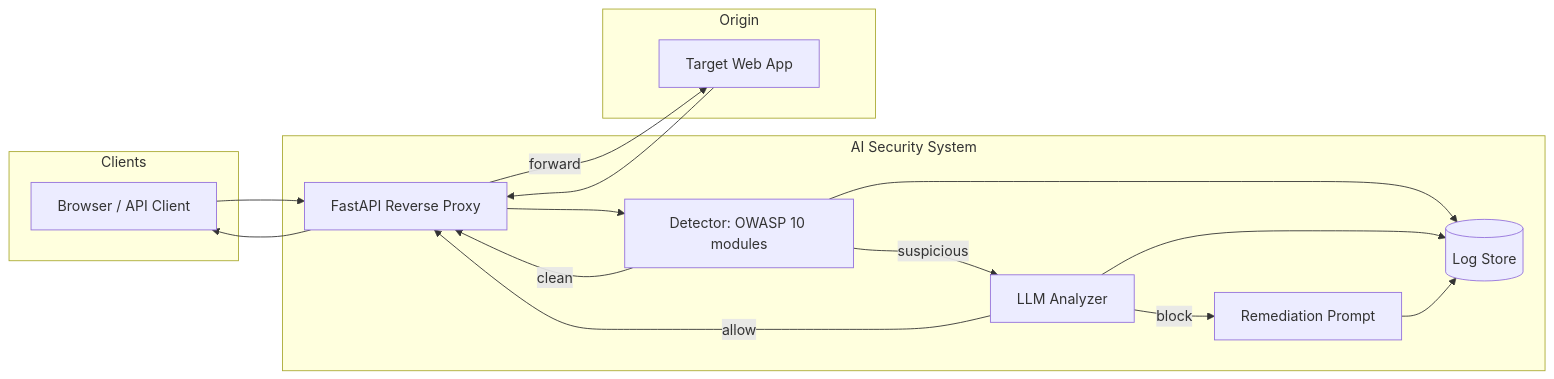
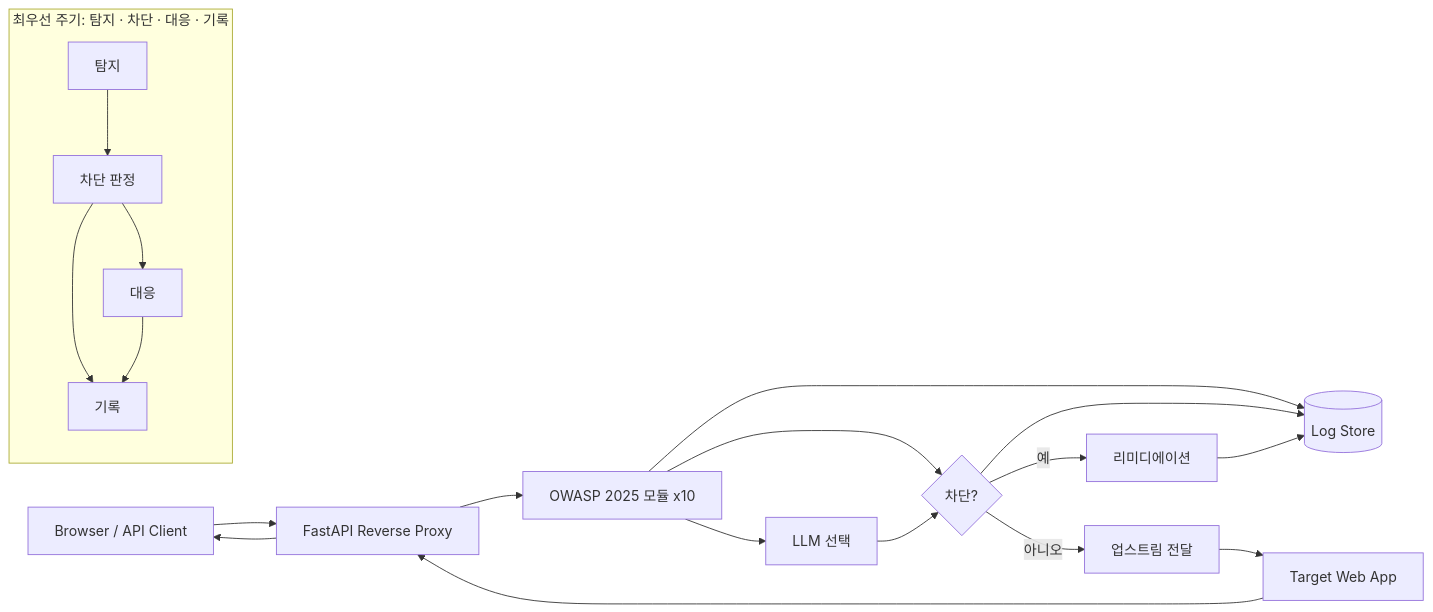
Before and after one commit to Jimin051004/ai-security-system: the diagram in PLAN.md, drawn with Mermaid. The commit also changed other lines of this file and 1 other file, not shown here.

First line of the commit message:
docs: center detect-block-respond-record; OWASP Top 10 2025

````diff
--- a/PLAN.md
+++ b/PLAN.md
@@ -51,28 +67,27 @@
 ```mermaid
 flowchart LR
-  subgraph clients [Clients]
-    B[Browser / API Client]
+  subgraph pillars [최우선 주기: 탐지 · 차단 · 대응 · 기록]
+    direction TB
+    p1[탐지]
+    p2[차단 판정]
+    p3[대응]
+    p4[기록]
+    p1 --> p2
+    p2 --> p3
+    p2 --> p4
+    p3 --> p4
   end
-  subgraph waf [AI Security System]
-    P[FastAPI Reverse Proxy]
-    D["Detector: OWASP 10 modules"]
-    AI[LLM Analyzer]
-    R[Remediation Prompt]
-    L[(Log Store)]
-  end
-  subgraph origin [Origin]
-    U[Target Web App]
-  end
-  B --> P
-  P --> D
-  D -->|clean| P
-  D -->|suspicious| AI
-  AI -->|allow| P
-  AI -->|block| R
-  P -->|forward| U
+  B[Browser / API Client] --> P[FastAPI Reverse Proxy]
+  P --> D[OWASP 2025 모듈 x10]
+  D --> AI[LLM 선택]
+  D --> K{차단?}
+  AI --> K
+  K -->|예| R[리미디에이션]
+  K -->|아니오| F[업스트림 전달]
+  F --> U[Target Web App]
   U --> P
   P --> B
-  D --> L
-  AI --> L
+  D --> L[(Log Store)]
+  K --> L
   R --> L
 ```
````
